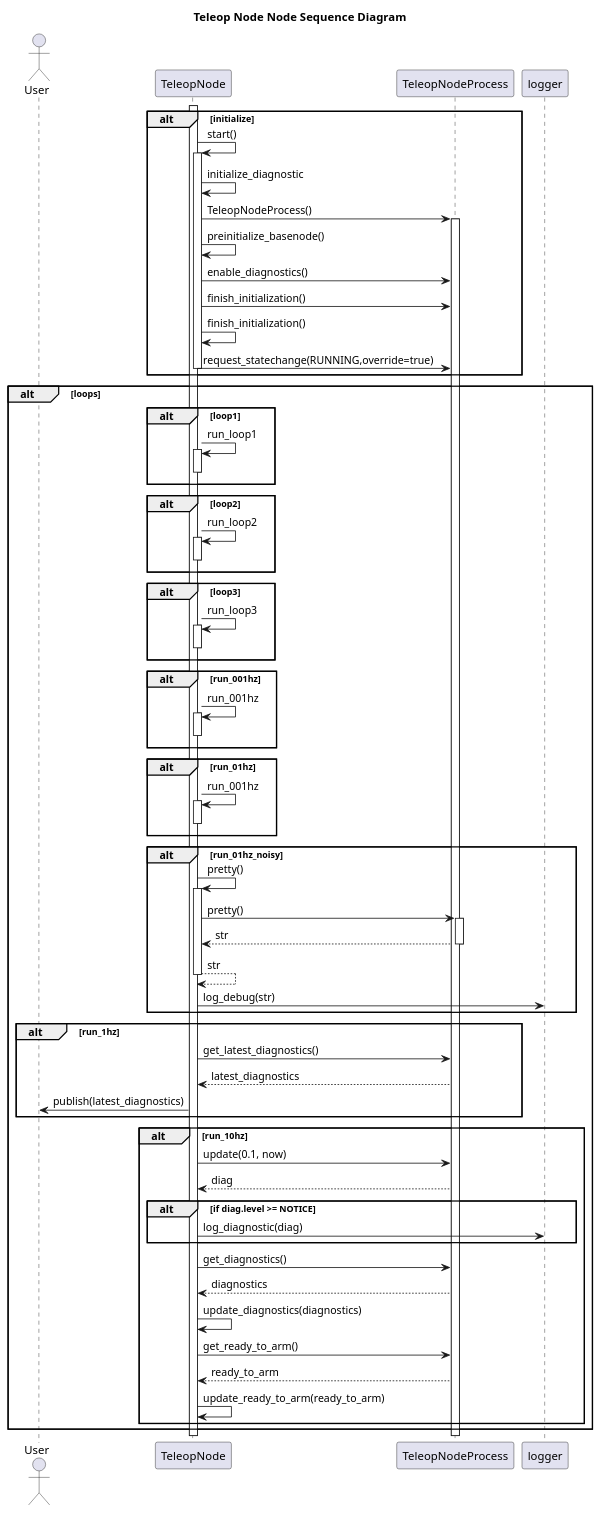
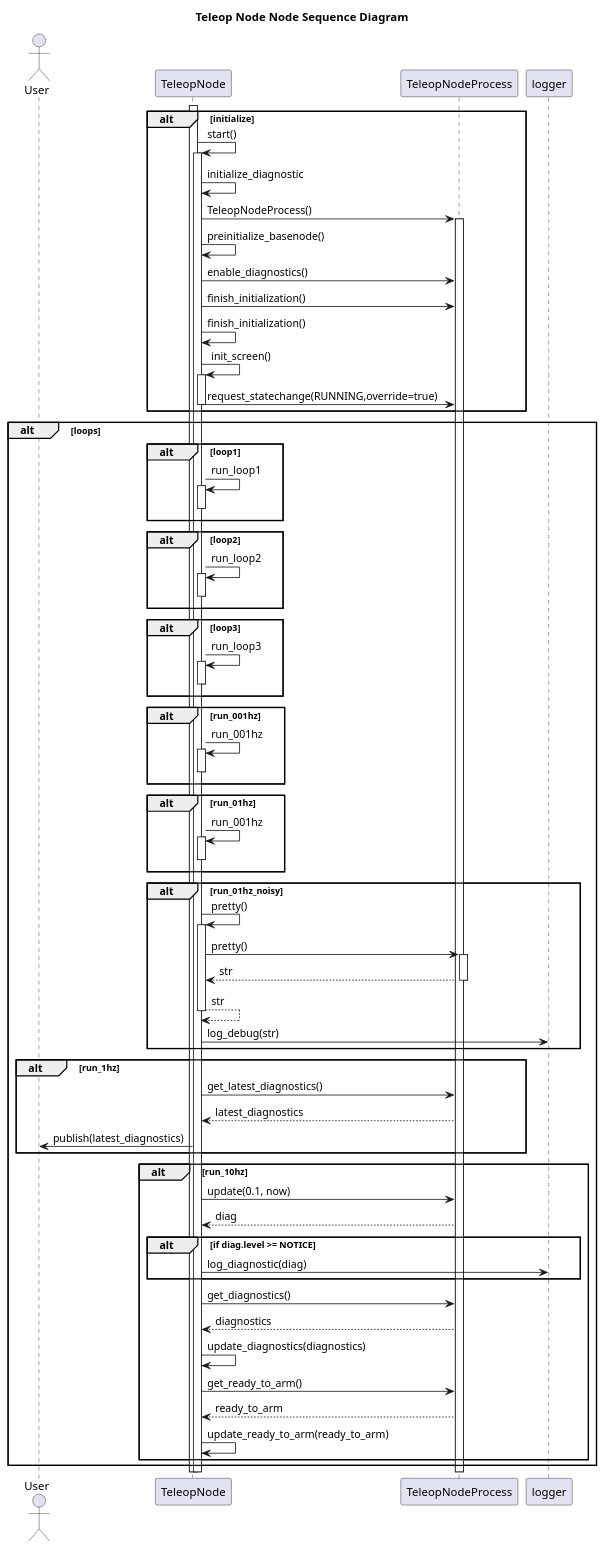
The diagram in nodes/RemoteControl/TeleopNode/doc/TeleopNodeSequenceDiagram.puml (fastrobotics/eros), drawn with PlantUML before and after one commit. The commit also changed 19 other files, not shown here.

```diff
--- a/nodes/RemoteControl/TeleopNode/doc/TeleopNodeSequenceDiagram.puml
+++ b/nodes/RemoteControl/TeleopNode/doc/TeleopNodeSequenceDiagram.puml
@@ -1,68 +1,69 @@
 @startuml
 title Teleop Node Node Sequence Diagram
 actor User as user
 participant TeleopNode as node
 participant TeleopNodeProcess as process
 
 alt initialize
     activate node
     node -> node++: start()
     node -> node: initialize_diagnostic
     node -> process++: TeleopNodeProcess()
     node -> node: preinitialize_basenode()
     node -> process: enable_diagnostics()
     node -> process: finish_initialization()
     node -> node: finish_initialization()
+    node -> node++: init_screen()
     node -> process: request_statechange(RUNNING,override=true)
     node--
 end
 
 alt loops
     alt loop1
         node -> node++: run_loop1
         node--
     end
     alt loop2
         node -> node++: run_loop2
         node--
     end
     alt loop3
         node -> node++: run_loop3
         node--
     end
     alt run_001hz
         node -> node++: run_001hz
         node--
     end
     alt run_01hz
         node -> node++: run_001hz
         node--
     end
     alt run_01hz_noisy
         node -> node++: pretty()
         node -> process++: pretty()
         process --> node--: str
         node --> node--: str
         node -> logger:log_debug(str)
     end
     alt run_1hz
         node -> process: get_latest_diagnostics()
         process --> node: latest_diagnostics
         node -> user: publish(latest_diagnostics)
     end
     alt run_10hz
         node -> process: update(0.1, now)
         process --> node: diag
         alt if diag.level >= NOTICE
             node -> logger: log_diagnostic(diag)
         end
         node -> process: get_diagnostics()
         process --> node: diagnostics
         node -> node: update_diagnostics(diagnostics)
         node -> process: get_ready_to_arm()
         process --> node: ready_to_arm
         node -> node: update_ready_to_arm(ready_to_arm)
 
     end
 end
 @enduml
```
